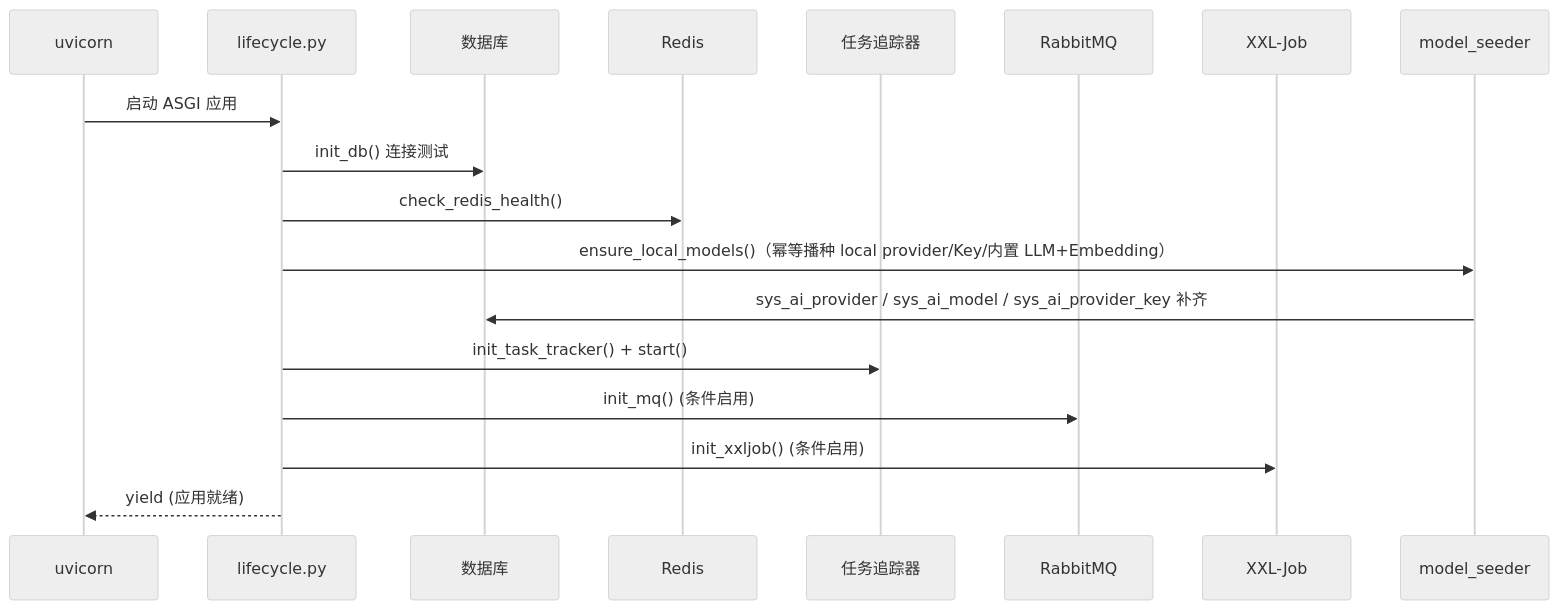
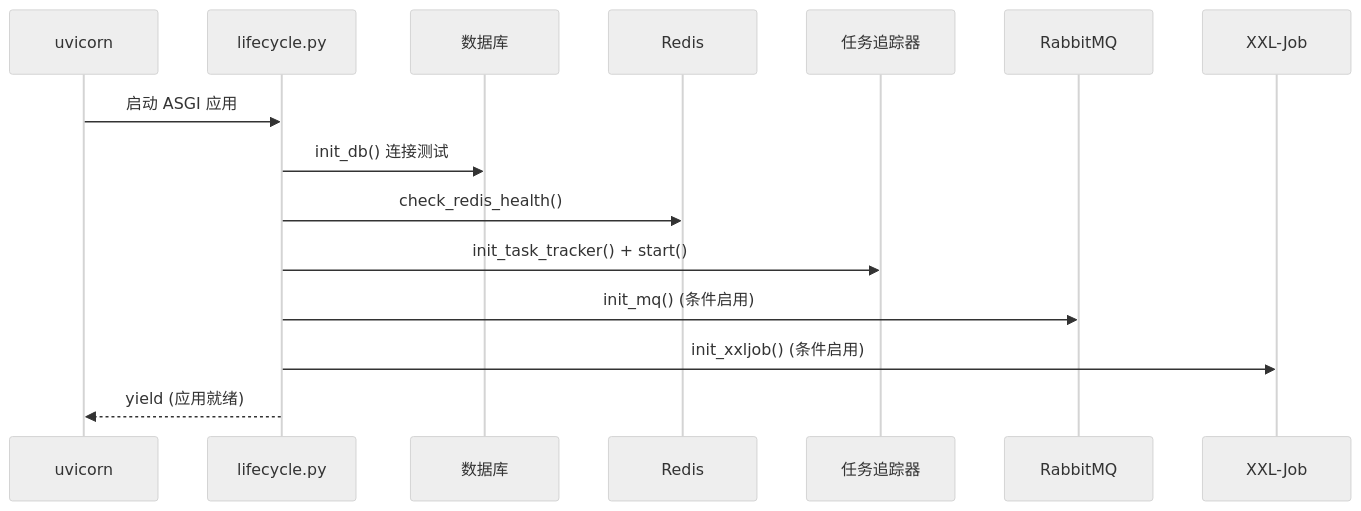
Diagram 11 of 11 in dehaze-doc/docs/04-项目实现/后端/03-Python算法服务架构文档.md (earthy-zinc/dehaze-system), drawn with Mermaid (neutral theme) before and after one commit. The commit also changed other lines of this file and 239 other files, not shown here.

````diff
--- a/dehaze-doc/docs/04-项目实现/后端/03-Python算法服务架构文档.md
+++ b/dehaze-doc/docs/04-项目实现/后端/03-Python算法服务架构文档.md
@@ -578,21 +581,18 @@
 ```mermaid
 sequenceDiagram
     participant Uvicorn as uvicorn
     participant Lifespan as lifecycle.py
     participant DB as 数据库
     participant Redis as Redis
     participant Tracker as 任务追踪器
     participant MQ as RabbitMQ
     participant XXL as XXL-Job
-    participant Seeder as model_seeder
 
     Uvicorn->>Lifespan: 启动 ASGI 应用
     Lifespan->>DB: init_db() 连接测试
     Lifespan->>Redis: check_redis_health()
-    Lifespan->>Seeder: ensure_local_models()（幂等播种 local provider/Key/内置 LLM+Embedding）
-    Seeder->>DB: sys_ai_provider / sys_ai_model / sys_ai_provider_key 补齐
     Lifespan->>Tracker: init_task_tracker() + start()
     Lifespan->>MQ: init_mq() (条件启用)
     Lifespan->>XXL: init_xxljob() (条件启用)
     Lifespan-->>Uvicorn: yield (应用就绪)
 ```
````
